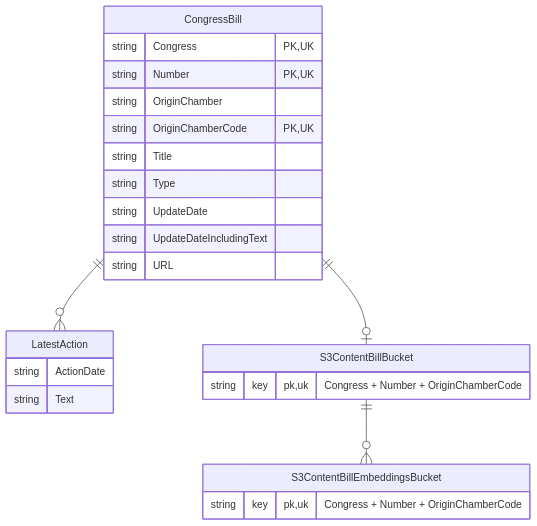
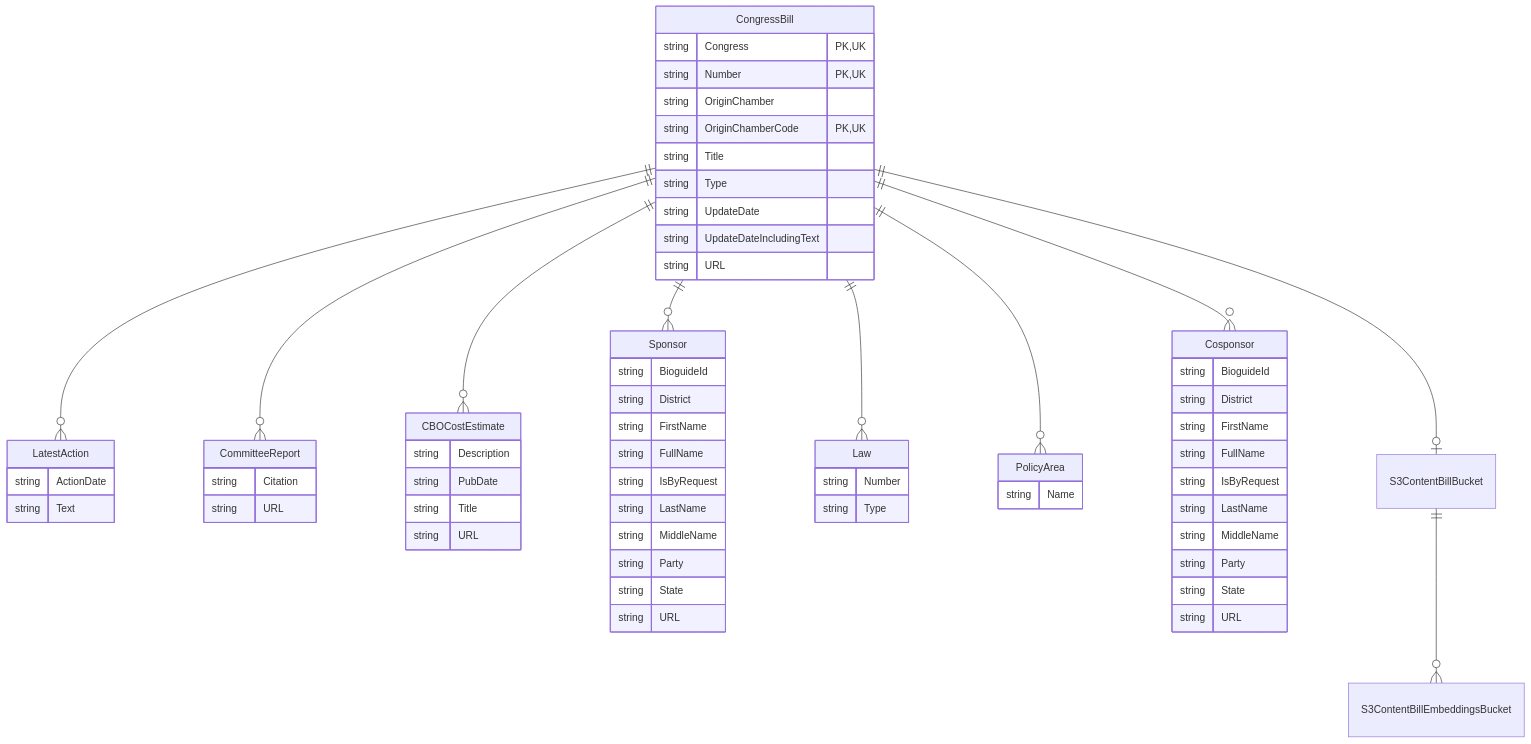
One commit to TheBranchDriftCatalyst/valhalla changed the first of 2 diagrams in modules/archiver/app/data_providers/congress_bills/congress_bill_erd.MD. Above: the diagram before and after it, drawn with Mermaid. The commit also changed other lines of this file and 38 other files, not shown here.

````diff
--- a/modules/archiver/app/data_providers/congress_bills/congress_bill_erd.MD
+++ b/modules/archiver/app/data_providers/congress_bills/congress_bill_erd.MD
@@ -1,33 +4,70 @@
 ```mermaid
 erDiagram
     CongressBill {
         string Congress PK, UK
         string Number PK, UK
         string OriginChamber
         string OriginChamberCode PK, UK
         string Title
         string Type
         string UpdateDate
         string UpdateDateIncludingText
         string URL
     }
-
     LatestAction {
         string ActionDate
         string Text
     }
-
     CongressBill ||--o{ LatestAction : ""
-
-    S3ContentBillBucket {
-        string key pk, uk "Congress + Number + OriginChamberCode"
+    CommitteeReport {
+        string Citation
+        string URL
     }
-
-   S3ContentBillEmbeddingsBucket {
-        string key pk, uk "Congress + Number + OriginChamberCode"
+    CongressBill ||--o{ CommitteeReport : ""
+    CBOCostEstimate {
+        string Description
+        string PubDate
+        string Title
+        string URL
     }
+    CongressBill ||--o{ CBOCostEstimate : ""
+    Sponsor {
+        string BioguideId
+        string District
+        string FirstName
+        string FullName
+        string IsByRequest
+        string LastName
+        string MiddleName
+        string Party
+        string State
+        string URL
+    }
+    CongressBill ||--o{ Sponsor : ""
+    Law {
+        string Number
+        string Type
+    }
+    CongressBill ||--o{ Law : ""
+    PolicyArea {
+        string Name
+    }
+    CongressBill ||--o{ PolicyArea : ""
+    Cosponsor {
+        string BioguideId
+        string District
+        string FirstName
+        string FullName
+        string IsByRequest
+        string LastName
+        string MiddleName
+        string Party
+        string State
+        string URL
+    }
+    CongressBill ||--o{ Cosponsor : ""
 
 
     CongressBill ||--o| S3ContentBillBucket : ""
     S3ContentBillBucket ||--o{ S3ContentBillEmbeddingsBucket : ""
 ```
````
